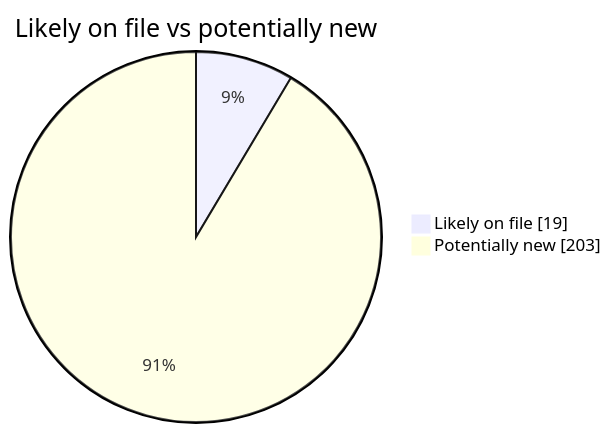
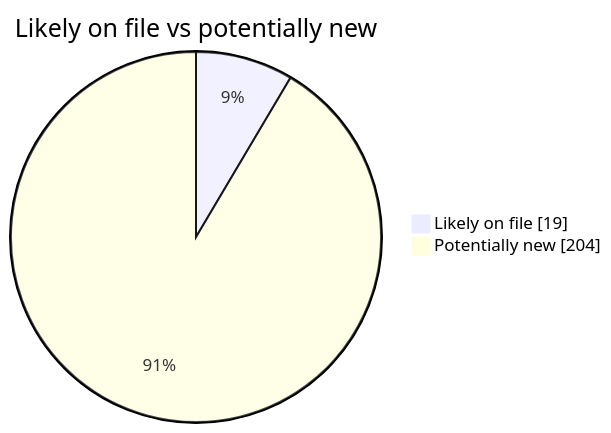
The second of 4 diagrams in README.md (martinbalfanz/social-scanner-reports), drawn with Mermaid before and after one commit. The commit also changed other lines of this file and 2 other files, not shown here.

````diff
--- a/README.md
+++ b/README.md
@@ -40,5 +40,5 @@
 ```mermaid
 pie showData title Likely on file vs potentially new
     "Likely on file" : 19
-    "Potentially new" : 203
+    "Potentially new" : 204
 ```
````
